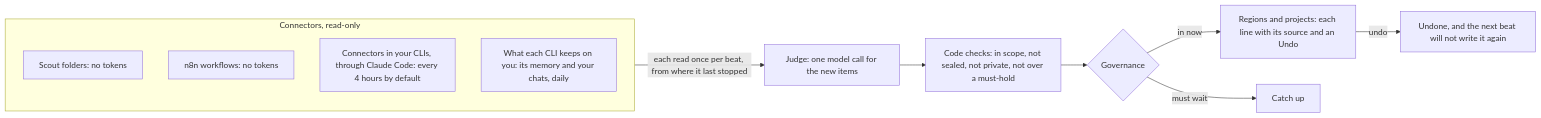
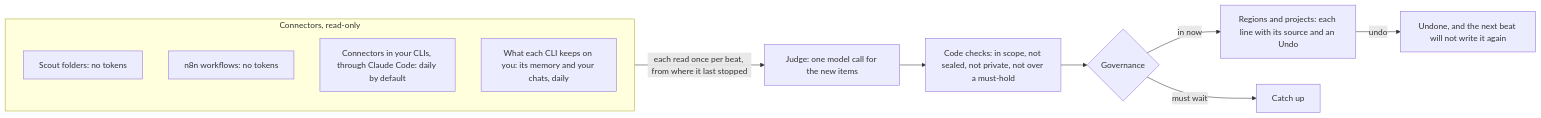
Before and after one commit to rami-guzlan/Contxt: the third of 4 diagrams in README.md, drawn with Mermaid. The commit also changed 3 other files, not shown here.

````diff
--- a/README.md
+++ b/README.md
@@ -120,15 +120,15 @@
 ```mermaid
 flowchart LR
     subgraph Reads["Connectors, read-only"]
         SC["Scout folders: no tokens"]
         N8["n8n workflows: no tokens"]
-        CLI["Connectors in your CLIs, through Claude Code: every 4 hours by default"]
+        CLI["Connectors in your CLIs, through Claude Code: daily by default"]
         MEM["What each CLI keeps on you: its memory and your chats, daily"]
     end
     Reads -->|"each read once per beat, from where it last stopped"| J["Judge: one model call for the new items"]
     J --> K["Code checks: in scope, not sealed, not private, not over a must-hold"]
     K --> G{"Governance"}
     G -->|"in now"| R["Regions and projects: each line with its source and an Undo"]
     G -->|"must wait"| Y["Catch up"]
     R -->|"undo"| X["Undone, and the next beat will not write it again"]
 ```
````
